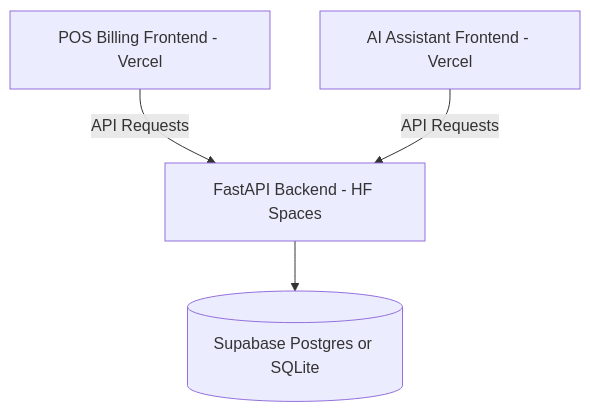
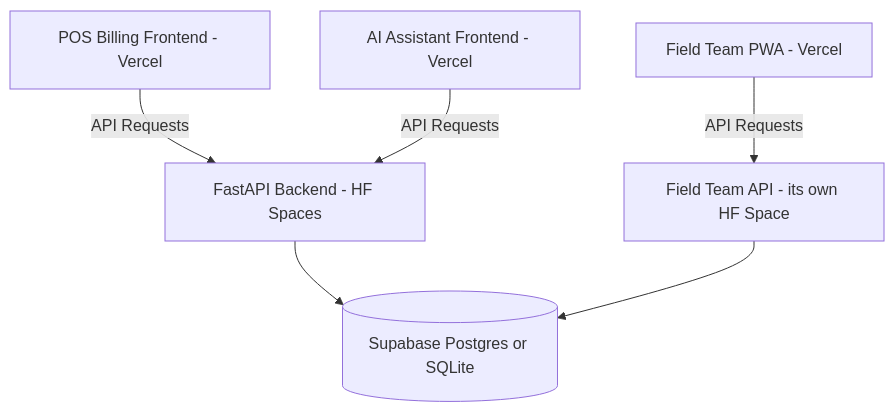
One commit to rakshithananda18-cmyk/bizassist-billing changed the diagram in docs/SETUP_AND_DEPLOYMENT.md. Above: the diagram before and after it, drawn with Mermaid. The commit also changed other lines of this file and 3 other files, not shown here.

First line of the commit message:
docs: Field Team is part of this repo — layout, deploy path, go-live order

````diff
--- a/docs/SETUP_AND_DEPLOYMENT.md
+++ b/docs/SETUP_AND_DEPLOYMENT.md
@@ -205,6 +205,8 @@
 ```mermaid
 graph TD
     Client1[POS Billing Frontend - Vercel] -->|API Requests| HF[FastAPI Backend - HF Spaces]
     Client2[AI Assistant Frontend - Vercel] -->|API Requests| HF
     HF --> DB[(Supabase Postgres or SQLite)]
+    Client3[Field Team PWA - Vercel] -->|API Requests| HF2[Field Team API - its own HF Space]
+    HF2 --> DB
 ```
````
